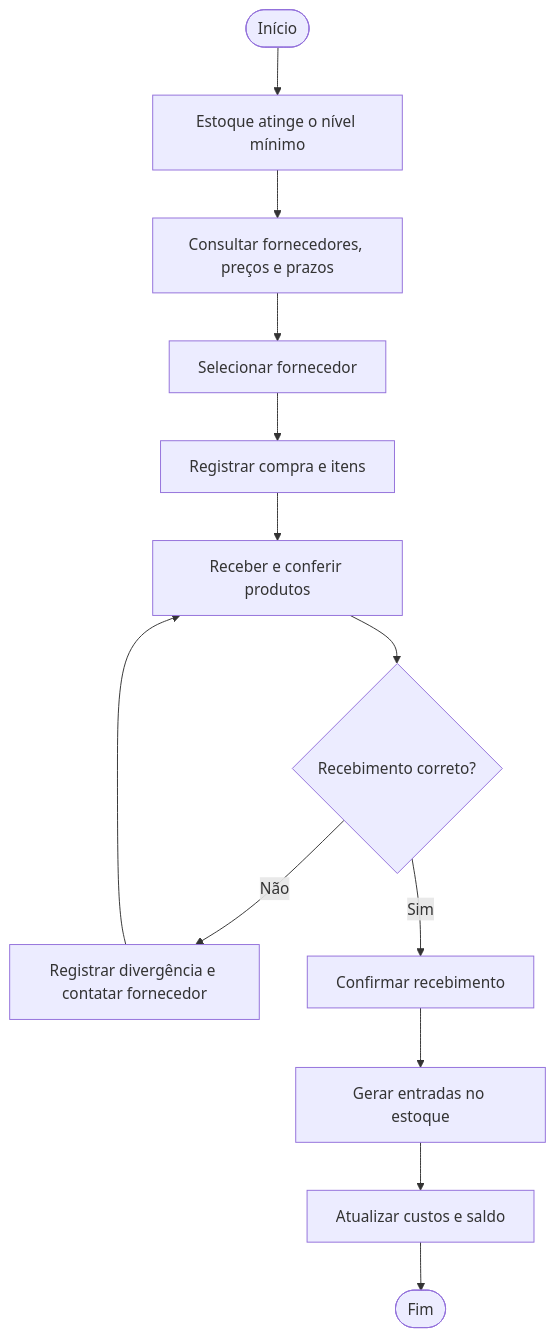
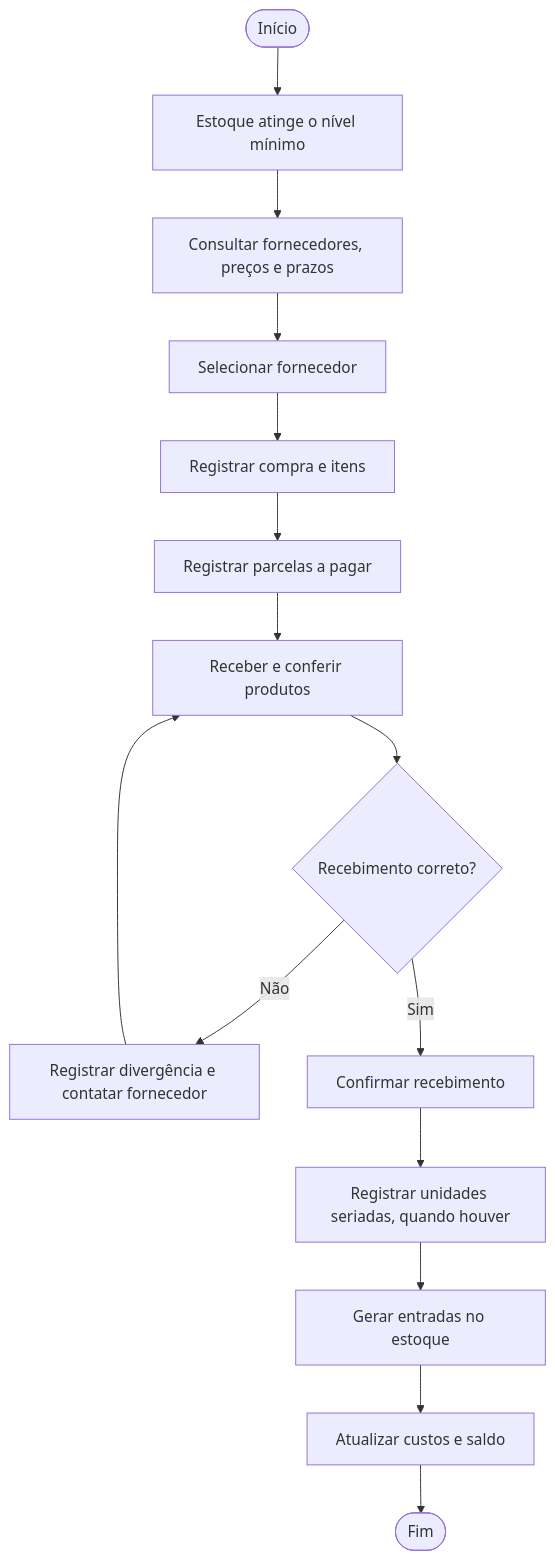
Before and after one commit to DutraBrun0/Projeto-Integrador-Modelagem-de-Dados: the fourth of 5 diagrams in README.md, drawn with Mermaid. The commit also changed other lines of this file, not shown here.

````diff
--- a/README.md
+++ b/README.md
@@ -330,15 +227,17 @@
 ```mermaid
 flowchart TD
     A([Início]) --> B[Estoque atinge o nível mínimo]
     B --> C[Consultar fornecedores, preços e prazos]
     C --> D[Selecionar fornecedor]
     D --> E[Registrar compra e itens]
-    E --> F[Receber e conferir produtos]
+    E --> E2[Registrar parcelas a pagar]
+    E2 --> F[Receber e conferir produtos]
     F --> G{Recebimento correto?}
     G -->|Não| H[Registrar divergência e contatar fornecedor]
     H --> F
     G -->|Sim| I[Confirmar recebimento]
-    I --> J[Gerar entradas no estoque]
+    I --> I2[Registrar unidades seriadas, quando houver]
+    I2 --> J[Gerar entradas no estoque]
     J --> K[Atualizar custos e saldo]
     K --> Z([Fim])
 ```
````
